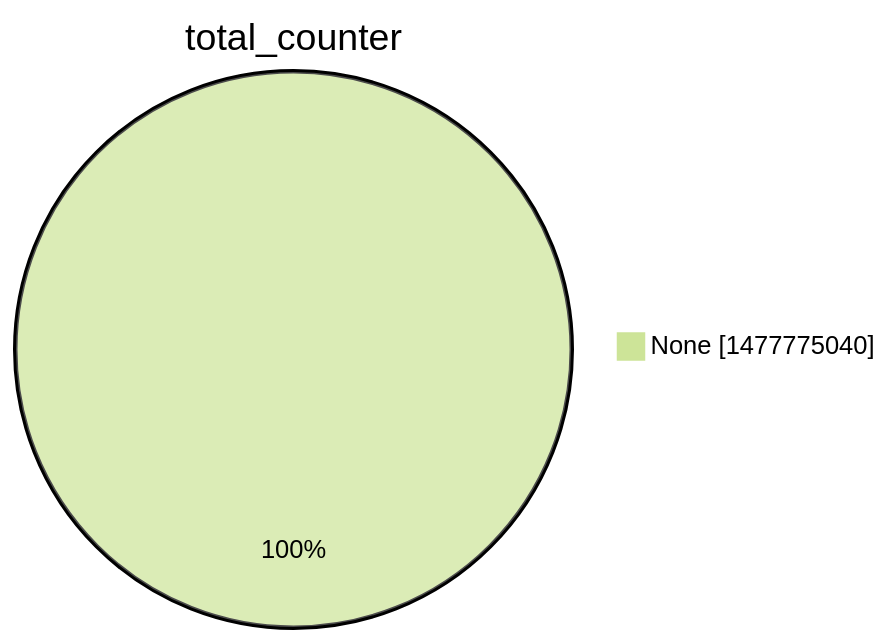
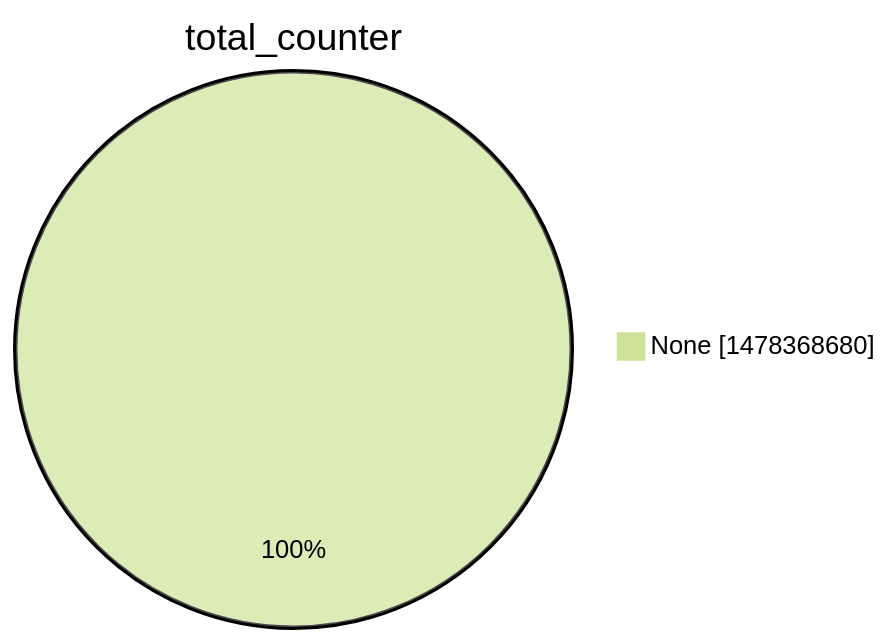
One commit to christiankrug/ctmonitor_visualization changed the second of 15 diagrams in argon2022/README.md. Above: the diagram before and after it, drawn with Mermaid (forest theme). The commit also changed other lines of this file, not shown here.

````diff
--- a/argon2022/README.md
+++ b/argon2022/README.md
@@ -9,5 +9,5 @@
 ```mermaid
 pie showData
 title total_counter
-"None" :1477775040
+"None" :1478368680
 ```
````
